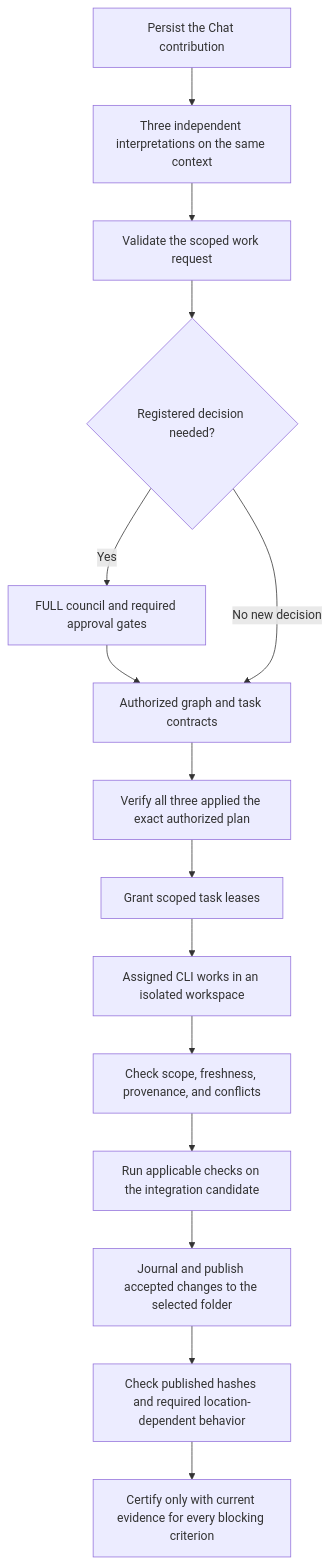
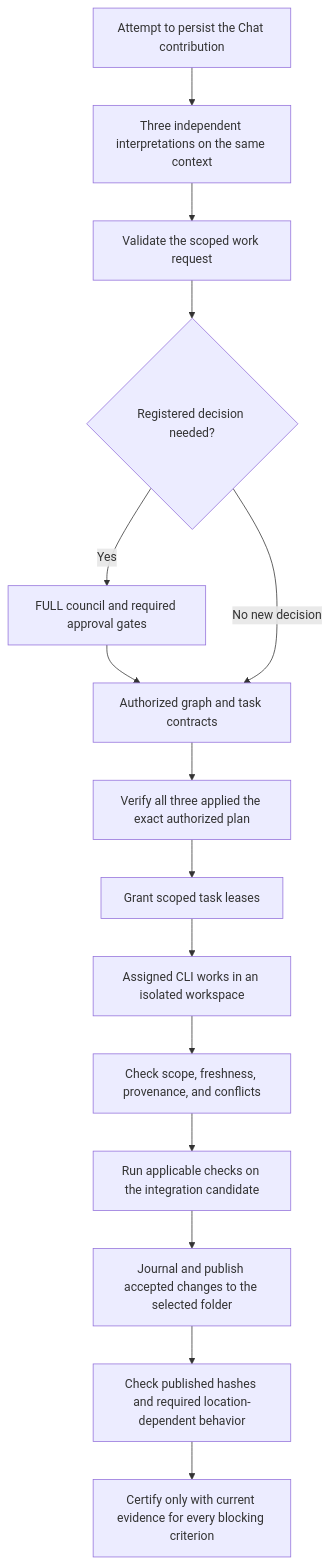
One commit to pavan53732/Mayasaba-App changed the diagram in README.md. Above: the diagram before and after it, drawn with Mermaid. The commit also changed 3 other files, not shown here.

````diff
--- a/README.md
+++ b/README.md
@@ -114,17 +114,17 @@
 ```mermaid
 flowchart TD
-    Contribution["Persist the Chat contribution"] --> Inputs["Three independent interpretations on the same context"]
+    Attempt["Attempt to persist the Chat contribution"] --> Inputs["Three independent interpretations on the same context"]
     Inputs --> Request["Validate the scoped work request"]
     Request --> Decision{"Registered decision needed?"}
     Decision -- "Yes" --> Council["FULL council and required approval gates"]
     Council --> Plan["Authorized graph and task contracts"]
     Decision -- "No new decision" --> Plan
     Plan --> Sync["Verify all three applied the exact authorized plan"]
     Sync --> Lease["Grant scoped task leases"]
     Lease --> Work["Assigned CLI works in an isolated workspace"]
     Work --> Candidate["Check scope, freshness, provenance, and conflicts"]
     Candidate --> Validate["Run applicable checks on the integration candidate"]
     Validate --> Publish["Journal and publish accepted changes to the selected folder"]
     Publish --> Final["Check published hashes and required location-dependent behavior"]
     Final --> Complete["Certify only with current evidence for every blocking criterion"]
 ```
````
